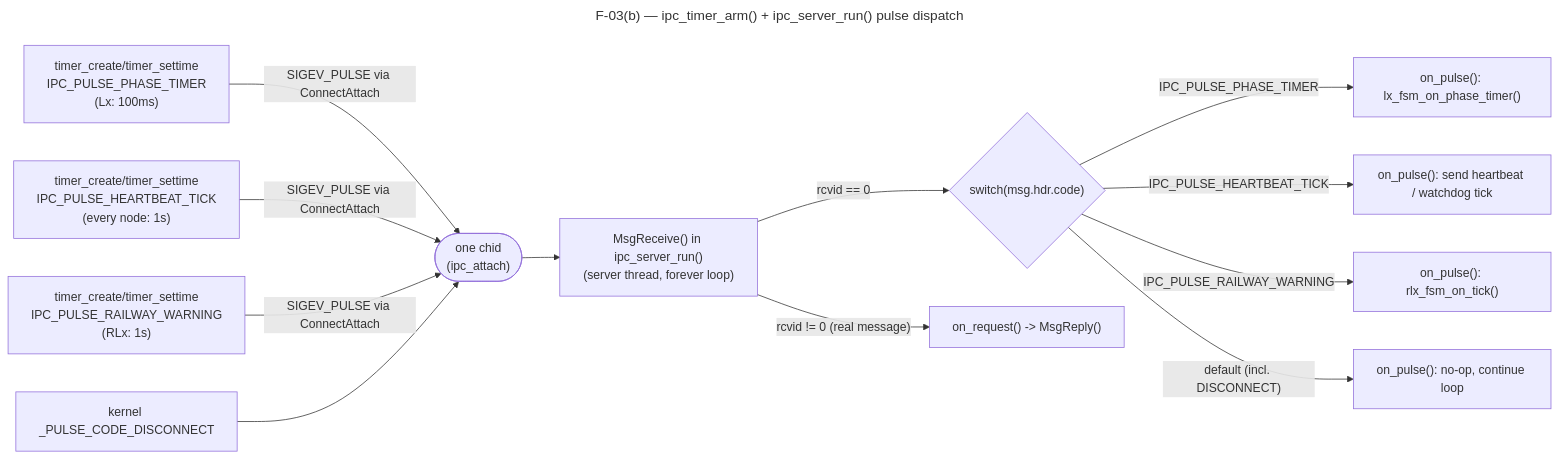
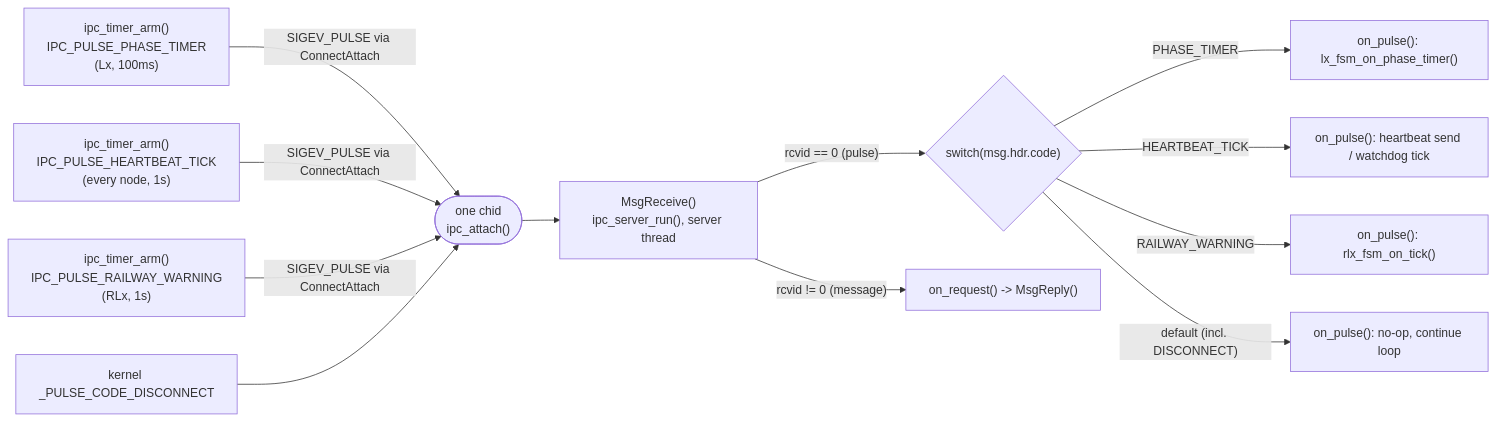
The second of 2 diagrams in docs/flow-diagrams/F-03-qnet-transport-internals.md (lucietran03/traffic-control-system), drawn with Mermaid before and after one commit. The commit also changed other lines of this file and 22 other files, not shown here.

First line of the commit message:
Restyle flow-diagram docs: diagram-first, minimal prose

````diff
--- a/docs/flow-diagrams/F-03-qnet-transport-internals.md
+++ b/docs/flow-diagrams/F-03-qnet-transport-internals.md
@@ -311,17 +35,14 @@
 ```mermaid
----
-title: F-03(b) — ipc_timer_arm() + ipc_server_run() pulse dispatch
----
 flowchart LR
-    T1["timer_create/timer_settime\nIPC_PULSE_PHASE_TIMER\n(Lx: 100ms)"] -->|SIGEV_PULSE via ConnectAttach| CH
-    T2["timer_create/timer_settime\nIPC_PULSE_HEARTBEAT_TICK\n(every node: 1s)"] -->|SIGEV_PULSE via ConnectAttach| CH
-    T3["timer_create/timer_settime\nIPC_PULSE_RAILWAY_WARNING\n(RLx: 1s)"] -->|SIGEV_PULSE via ConnectAttach| CH
+    T1["ipc_timer_arm()\nIPC_PULSE_PHASE_TIMER\n(Lx, 100ms)"] -->|SIGEV_PULSE via ConnectAttach| CH
+    T2["ipc_timer_arm()\nIPC_PULSE_HEARTBEAT_TICK\n(every node, 1s)"] -->|SIGEV_PULSE via ConnectAttach| CH
+    T3["ipc_timer_arm()\nIPC_PULSE_RAILWAY_WARNING\n(RLx, 1s)"] -->|SIGEV_PULSE via ConnectAttach| CH
     K["kernel _PULSE_CODE_DISCONNECT"] --> CH
-    CH(["one chid\n(ipc_attach)"]) --> MR["MsgReceive() in ipc_server_run()\n(server thread, forever loop)"]
-    MR -->|"rcvid == 0"| SW{"switch(msg.hdr.code)"}
-    MR -->|"rcvid != 0 (real message)"| ONREQ["on_request() -> MsgReply()"]
-    SW -->|IPC_PULSE_PHASE_TIMER| P1["on_pulse(): lx_fsm_on_phase_timer()"]
-    SW -->|IPC_PULSE_HEARTBEAT_TICK| P2["on_pulse(): send heartbeat / watchdog tick"]
-    SW -->|IPC_PULSE_RAILWAY_WARNING| P3["on_pulse(): rlx_fsm_on_tick()"]
+    CH(["one chid<br/>ipc_attach()"]) --> MR["MsgReceive()<br/>ipc_server_run(), server thread"]
+    MR -->|"rcvid == 0 (pulse)"| SW{"switch(msg.hdr.code)"}
+    MR -->|"rcvid != 0 (message)"| ONREQ["on_request() -> MsgReply()"]
+    SW -->|PHASE_TIMER| P1["on_pulse(): lx_fsm_on_phase_timer()"]
+    SW -->|HEARTBEAT_TICK| P2["on_pulse(): heartbeat send / watchdog tick"]
+    SW -->|RAILWAY_WARNING| P3["on_pulse(): rlx_fsm_on_tick()"]
     SW -->|"default (incl. DISCONNECT)"| P4["on_pulse(): no-op, continue loop"]
 ```
````
